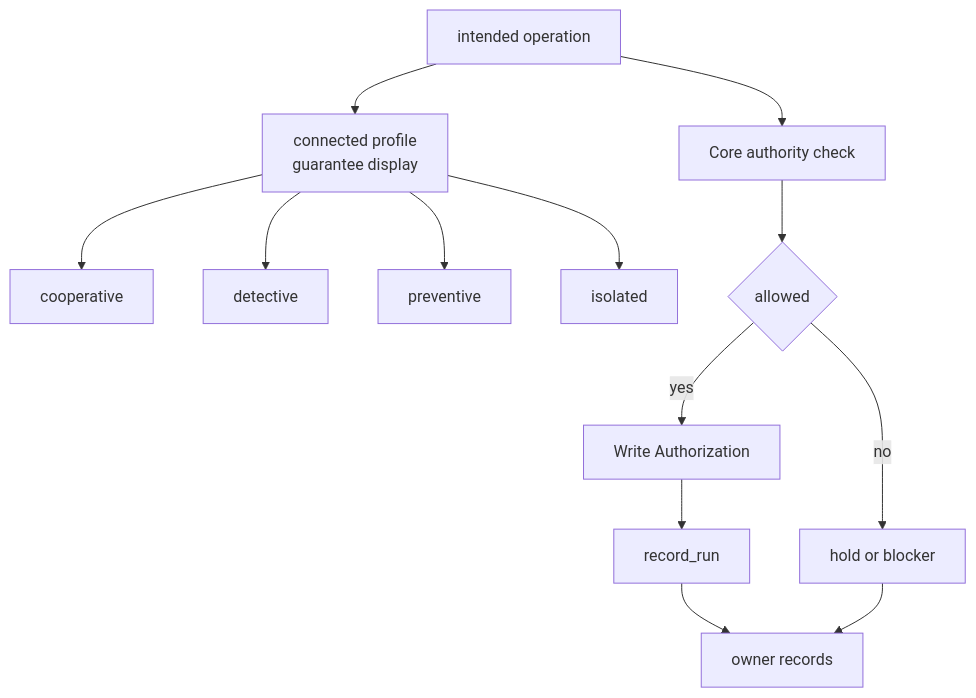
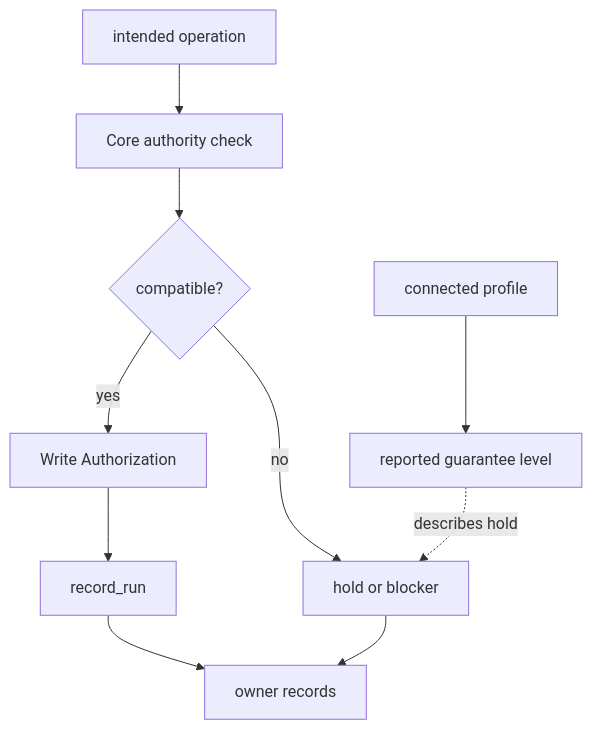
The second of 2 diagrams in docs/en/reference/runtime-architecture.md (minjungw00/Harness_Project), drawn with Mermaid before and after one commit. The commit also changed other lines of this file and 15 other files, not shown here.

Commit message:
docs: simplify and audit Harness diagrams

````diff
--- a/docs/en/reference/runtime-architecture.md
+++ b/docs/en/reference/runtime-architecture.md
@@ -314,15 +314,12 @@
 ```mermaid
 flowchart TB
-  Operation["intended operation"] --> Profile["connected profile<br/>guarantee display"]
-  Profile --> Cooperative["cooperative"]
-  Profile --> Detective["detective"]
-  Profile --> Preventive["preventive"]
-  Profile --> Isolated["isolated"]
-  Operation --> Core["Core authority check"]
-  Core --> Decision{"allowed"}
+  Operation["intended operation"] --> Core["Core authority check"]
+  Profile["connected profile"] --> Level["reported guarantee level"]
+  Core --> Decision{"compatible?"}
   Decision -->|yes| Authorization["Write Authorization"]
   Authorization --> Run["record_run"]
   Run --> Records["owner records"]
   Decision -->|no| Blocker["hold or blocker"]
+  Level -. describes hold .-> Blocker
   Blocker --> Records
 ```
````
